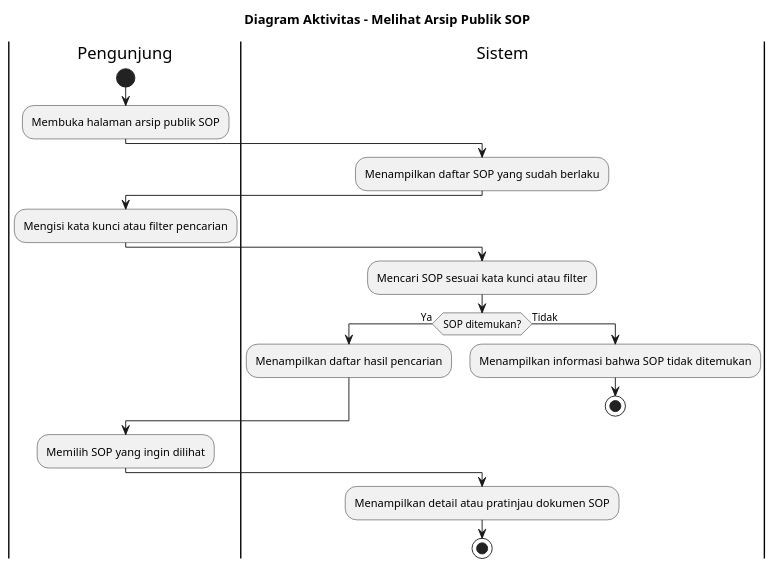
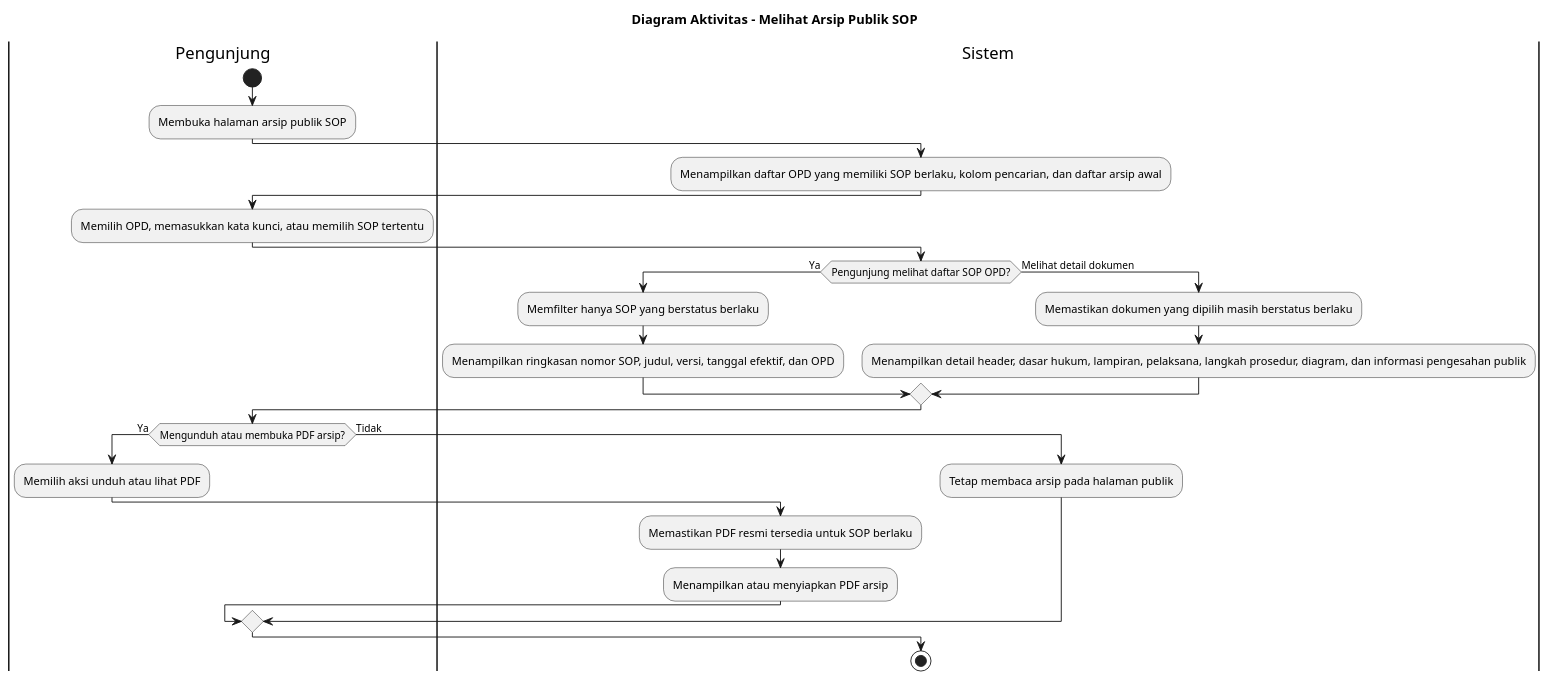
Before and after one commit to howlil/sop-generate-app: the diagram in docs/activity-diagram/lampiran/pengunjung-melihat-arsip-publik-sop.md, drawn with PlantUML. The commit also changed other lines of this file and 90 other files, not shown here.

````diff
--- a/docs/activity-diagram/lampiran/pengunjung-melihat-arsip-publik-sop.md
+++ b/docs/activity-diagram/lampiran/pengunjung-melihat-arsip-publik-sop.md
@@ -16,32 +16,37 @@
 ```plantuml
 @startuml
 title Diagram Aktivitas - Melihat Arsip Publik SOP
 
 |Pengunjung|
 start
 :Membuka halaman arsip publik SOP;
 
 |Sistem|
-:Menampilkan daftar SOP yang sudah berlaku;
+:Menampilkan daftar OPD yang memiliki SOP berlaku, kolom pencarian, dan daftar arsip awal;
 
 |Pengunjung|
-:Mengisi kata kunci atau filter pencarian;
+:Memilih OPD, memasukkan kata kunci, atau memilih SOP tertentu;
 
 |Sistem|
-:Mencari SOP sesuai kata kunci atau filter;
-if (SOP ditemukan?) then (Ya)
-  :Menampilkan daftar hasil pencarian;
-else (Tidak)
-  :Menampilkan informasi bahwa SOP tidak ditemukan;
-  stop
+if (Pengunjung melihat daftar SOP OPD?) then (Ya)
+  :Memfilter hanya SOP yang berstatus berlaku;
+  :Menampilkan ringkasan nomor SOP, judul, versi, tanggal efektif, dan OPD;
+else (Melihat detail dokumen)
+  :Memastikan dokumen yang dipilih masih berstatus berlaku;
+  :Menampilkan detail header, dasar hukum, lampiran, pelaksana, langkah prosedur, diagram, dan informasi pengesahan publik;
 endif
 
 |Pengunjung|
-:Memilih SOP yang ingin dilihat;
+if (Mengunduh atau membuka PDF arsip?) then (Ya)
+  :Memilih aksi unduh atau lihat PDF;
 
-|Sistem|
-:Menampilkan detail atau pratinjau dokumen SOP;
+  |Sistem|
+  :Memastikan PDF resmi tersedia untuk SOP berlaku;
+  :Menampilkan atau menyiapkan PDF arsip;
+else (Tidak)
+  :Tetap membaca arsip pada halaman publik;
+endif
 
 stop
 @enduml
 ```
````
